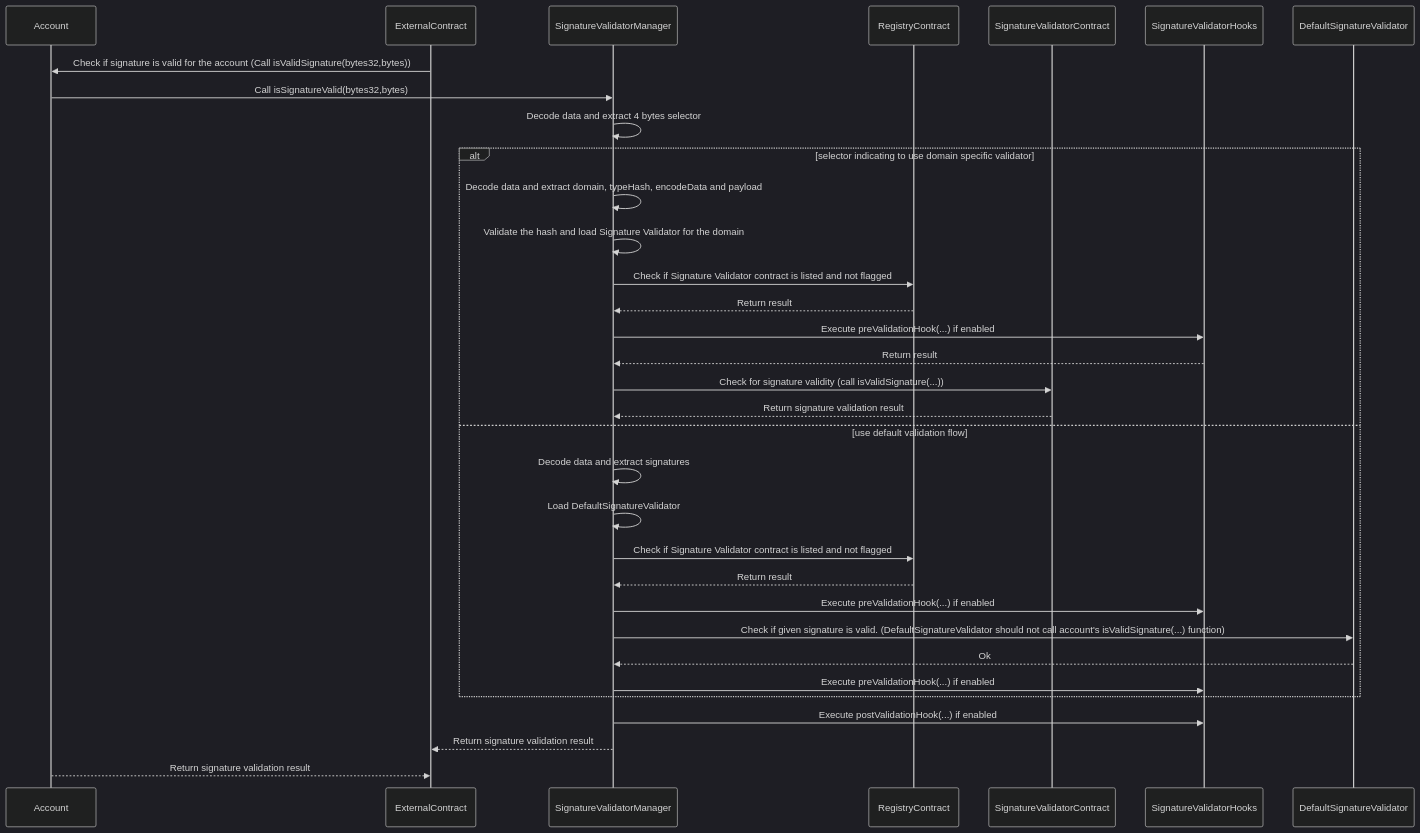
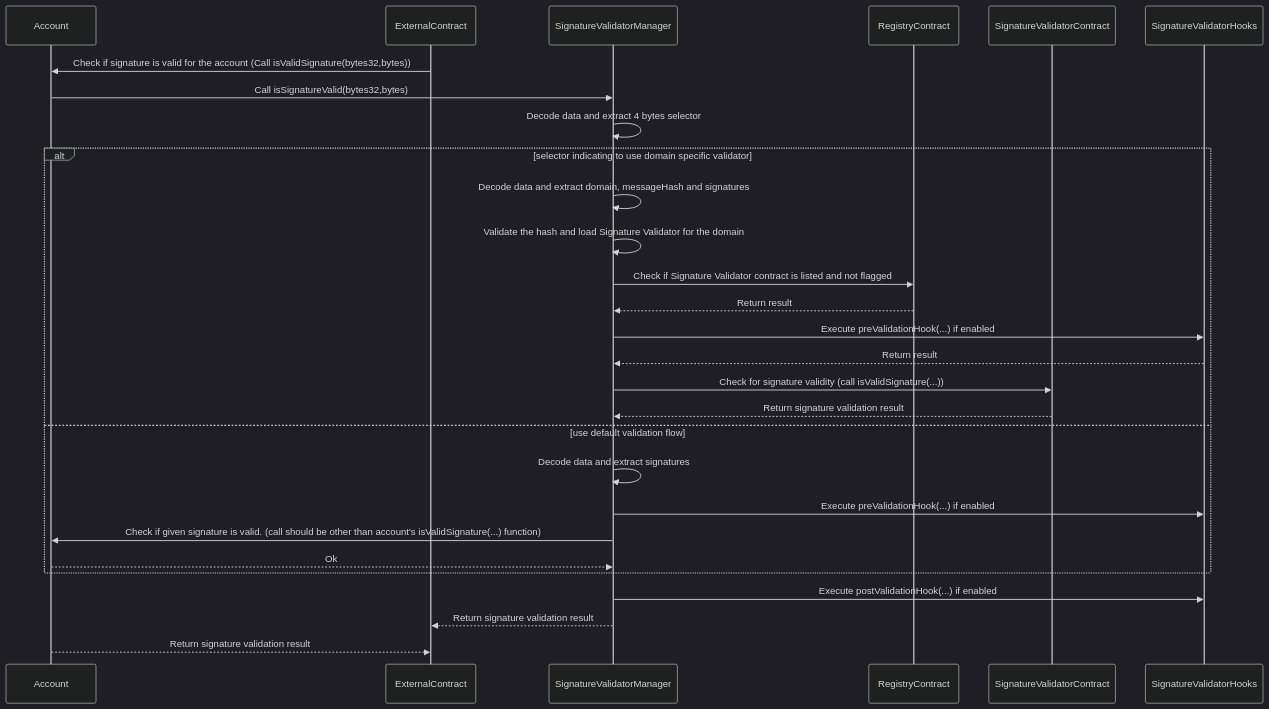
Before and after one commit to 5afe/safe-core-protocol-specs: the second of 3 diagrams in modules/README.md, drawn with Mermaid (dark theme). The commit also changed other lines of this file, not shown here.

Commit message:
[#43] Use messageHash, remove use typeHash and encodeData, add module type for validator hooks

````diff
--- a/modules/README.md
+++ b/modules/README.md
@@ -146,38 +149,33 @@
 ```mermaid
 sequenceDiagram
 	participant Account
 	participant ExternalContract
 	participant SignatureValidatorManager
 	participant RegistryContract
 	participant SignatureValidatorContract
     participant SignatureValidatorHooks
-    participant DefaultSignatureValidator
 
 	ExternalContract->>Account: Check if signature is valid for the account (Call isValidSignature(bytes32,bytes))
     Account->>SignatureValidatorManager: Call isSignatureValid(bytes32,bytes)
     SignatureValidatorManager->>SignatureValidatorManager: Decode data and extract 4 bytes selector
     alt selector indicating to use domain specific validator
-        SignatureValidatorManager->>SignatureValidatorManager: Decode data and extract domain, typeHash, encodeData and payload
+        SignatureValidatorManager->>SignatureValidatorManager: Decode data and extract domain, messageHash and signatures
         SignatureValidatorManager->>SignatureValidatorManager: Validate the hash and load Signature Validator for the domain
         SignatureValidatorManager->>RegistryContract: Check if Signature Validator contract is listed and not flagged
         RegistryContract-->>SignatureValidatorManager: Return result
         SignatureValidatorManager->>SignatureValidatorHooks: Execute preValidationHook(...) if enabled
         SignatureValidatorHooks-->>SignatureValidatorManager: Return result
 
         SignatureValidatorManager->>SignatureValidatorContract: Check for signature validity (call isValidSignature(...))
         SignatureValidatorContract-->>SignatureValidatorManager: Return signature validation result
 
     else use default validation flow
         SignatureValidatorManager->>SignatureValidatorManager: Decode data and extract signatures
-        SignatureValidatorManager->>SignatureValidatorManager: Load DefaultSignatureValidator
-        SignatureValidatorManager->>RegistryContract: Check if Signature Validator contract is listed and not flagged
-        RegistryContract-->>SignatureValidatorManager: Return result
         SignatureValidatorManager->>SignatureValidatorHooks: Execute preValidationHook(...) if enabled
-        SignatureValidatorManager->>DefaultSignatureValidator: Check if given signature is valid. (DefaultSignatureValidator should not call account's isValidSignature(...) function)
-        DefaultSignatureValidator-->>SignatureValidatorManager: Ok
-        SignatureValidatorManager->>SignatureValidatorHooks: Execute preValidationHook(...) if enabled
+        SignatureValidatorManager->>Account: Check if given signature is valid. (call should be other than account's isValidSignature(...) function)
+        Account-->>SignatureValidatorManager: Ok
     end
     SignatureValidatorManager->>SignatureValidatorHooks: Execute postValidationHook(...) if enabled
 	SignatureValidatorManager-->>ExternalContract: Return signature validation result
     Account-->>ExternalContract: Return signature validation result
 ```
````
